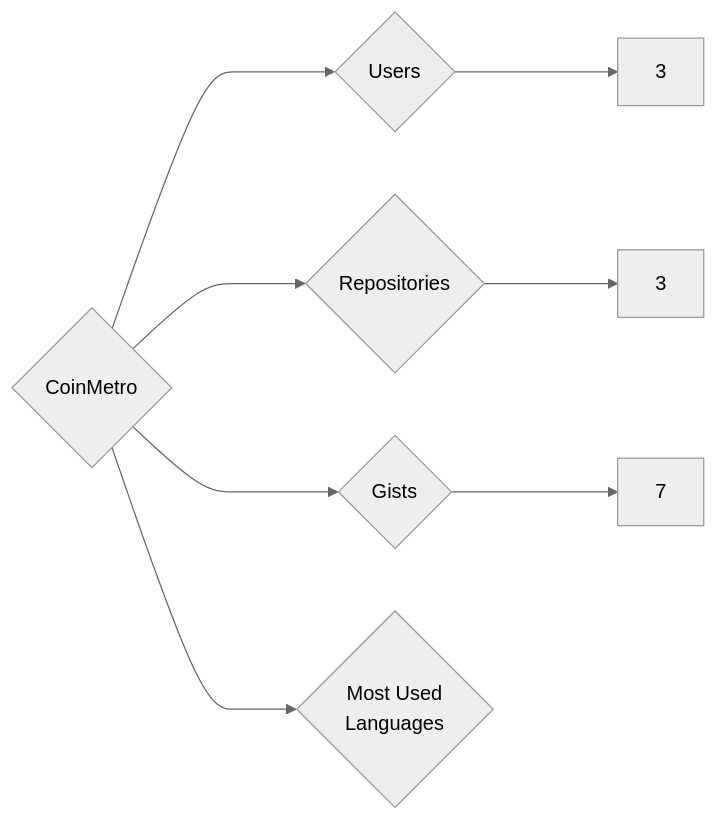
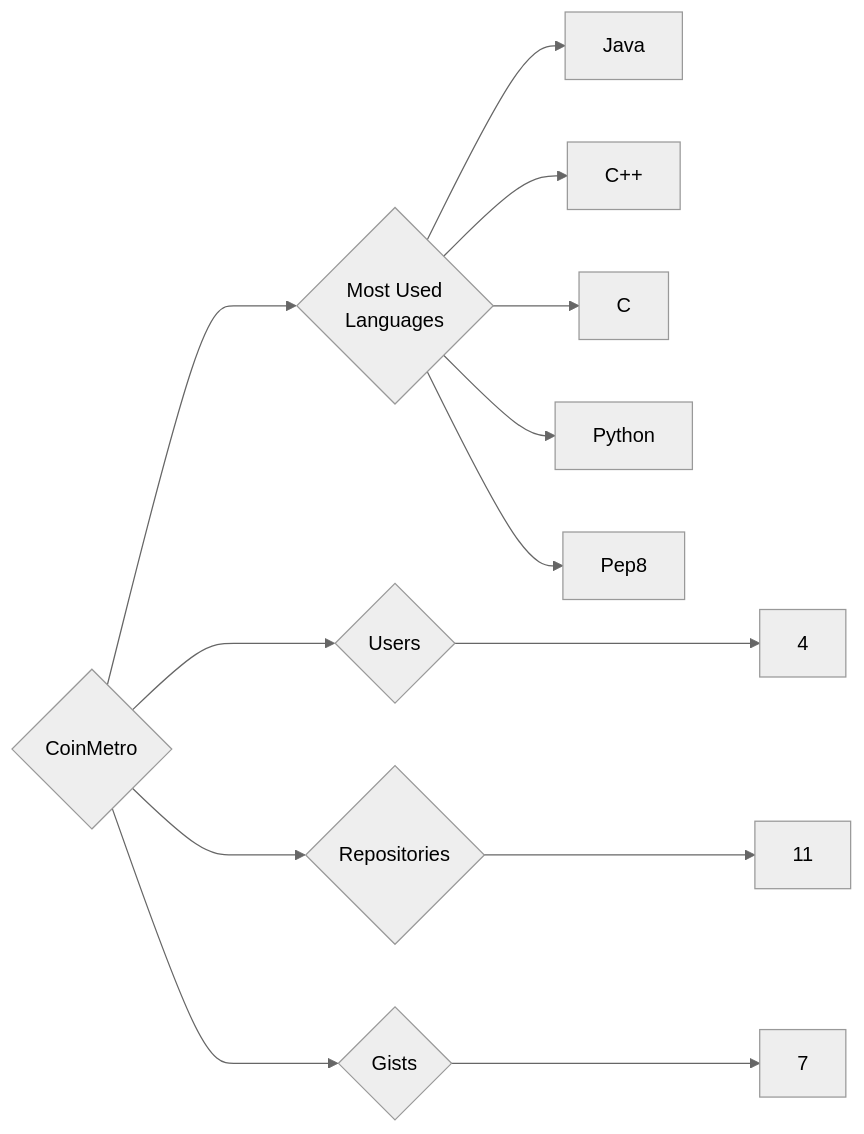
The diagram in targets/CoinMetro/README.md (trickest/insiders), drawn with Mermaid (neutral theme) before and after one commit. The commit also changed 776 other files, not shown here.

````diff
--- a/targets/CoinMetro/README.md
+++ b/targets/CoinMetro/README.md
@@ -3,8 +3,13 @@
 ```mermaid
 graph LR
 COMPANY_NAME{CoinMetro}
-COMPANY_NAME ---> U{Users} ---> UN[3]
-COMPANY_NAME ---> R{Repositories} ---> RN[3]
+COMPANY_NAME ---> U{Users} ---> UN[4]
+COMPANY_NAME ---> R{Repositories} ---> RN[11]
 COMPANY_NAME ---> G{Gists} ---> GN[7]
 COMPANY_NAME ---> ML{Most Used<br>Languages}
+ML --> Java[Java]
+ML --> C++[C++]
+ML --> C[C]
+ML --> Python[Python]
+ML --> Pep8[Pep8]
 ```
````
